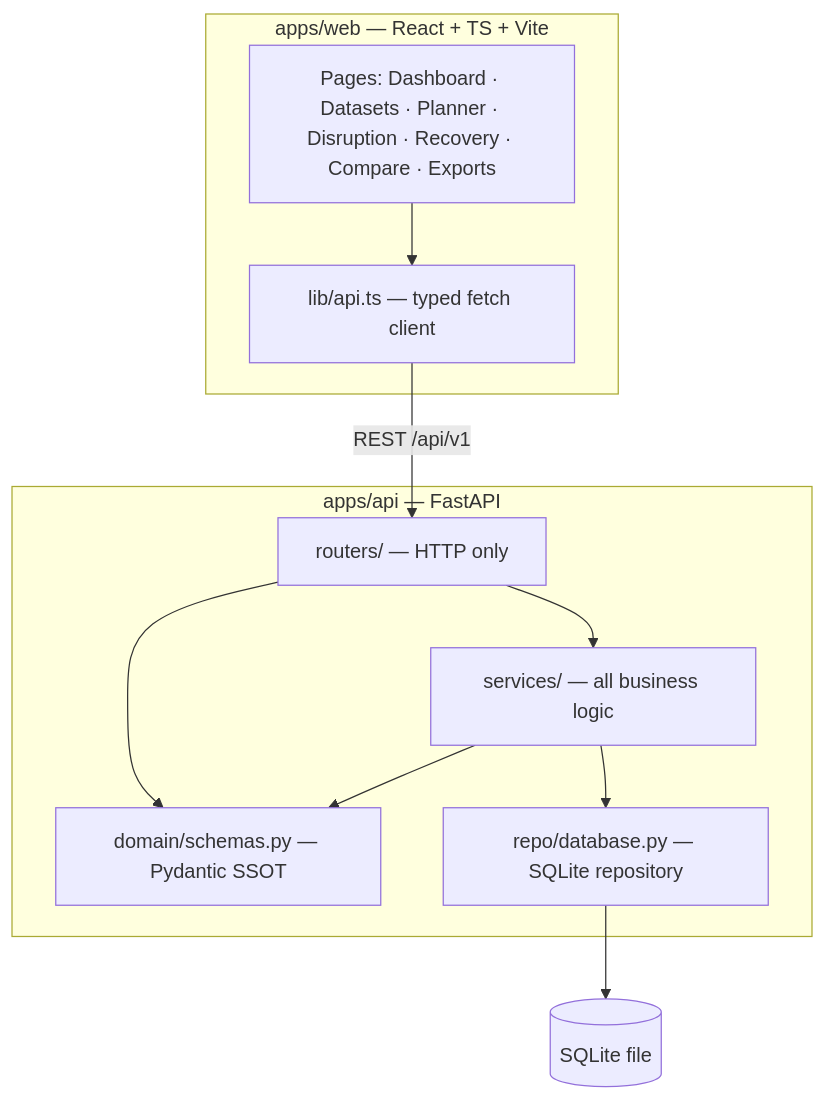
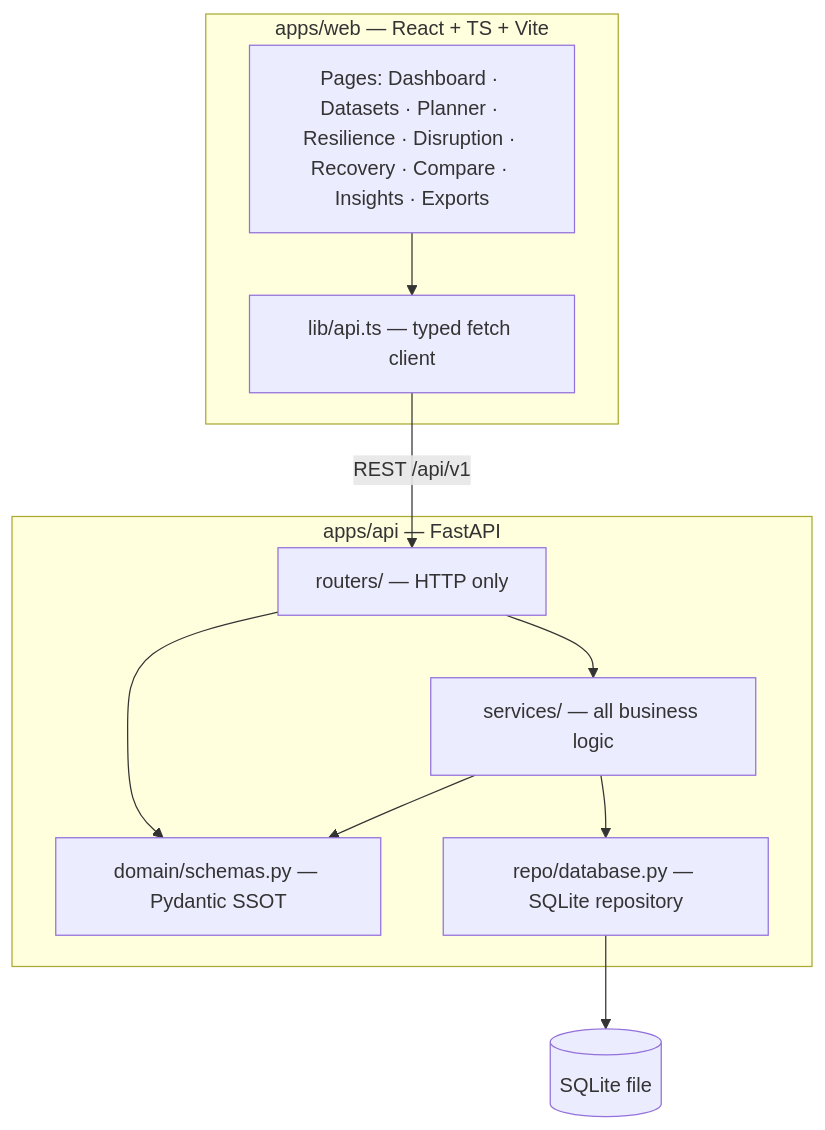
The first of 2 diagrams in docs/architecture.md (shreerajg/PRE-MORTEM-DISPATCH), drawn with Mermaid before and after one commit. The commit also changed other lines of this file and 20 other files, not shown here.

````diff
--- a/docs/architecture.md
+++ b/docs/architecture.md
@@ -11,22 +11,22 @@
 ```mermaid
 flowchart TB
   subgraph FE["apps/web — React + TS + Vite"]
-    Pages["Pages: Dashboard · Datasets · Planner · Disruption · Recovery · Compare · Exports"]
+    Pages["Pages: Dashboard · Datasets · Planner · Resilience · Disruption · Recovery · Compare · Insights · Exports"]
     Client["lib/api.ts — typed fetch client"]
     Pages --> Client
   end
 
   subgraph BE["apps/api — FastAPI"]
     Routers["routers/ — HTTP only"]
     Services["services/ — all business logic"]
     Domain["domain/schemas.py — Pydantic SSOT"]
     Repo["repo/database.py — SQLite repository"]
     Routers --> Services
     Routers --> Domain
     Services --> Domain
     Services --> Repo
   end
 
   Client -- "REST /api/v1" --> Routers
   Repo --> DB[(SQLite file)]
 ```
````
